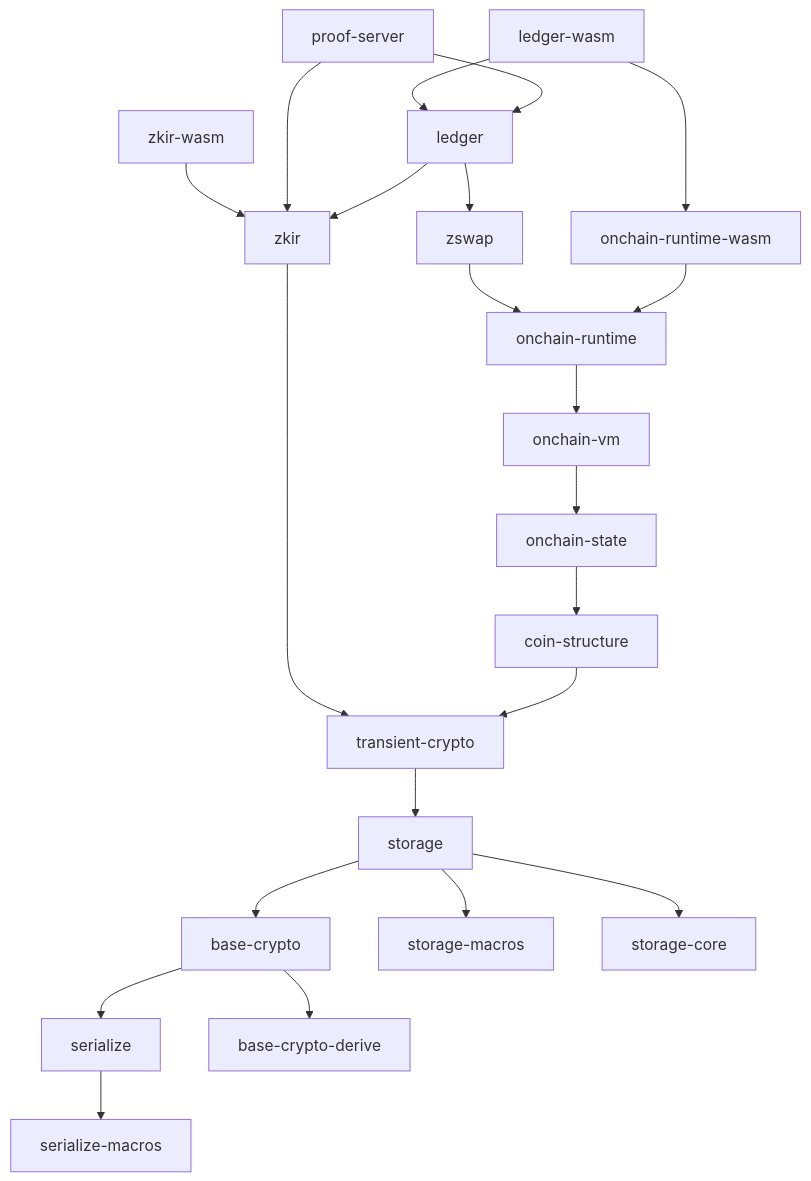
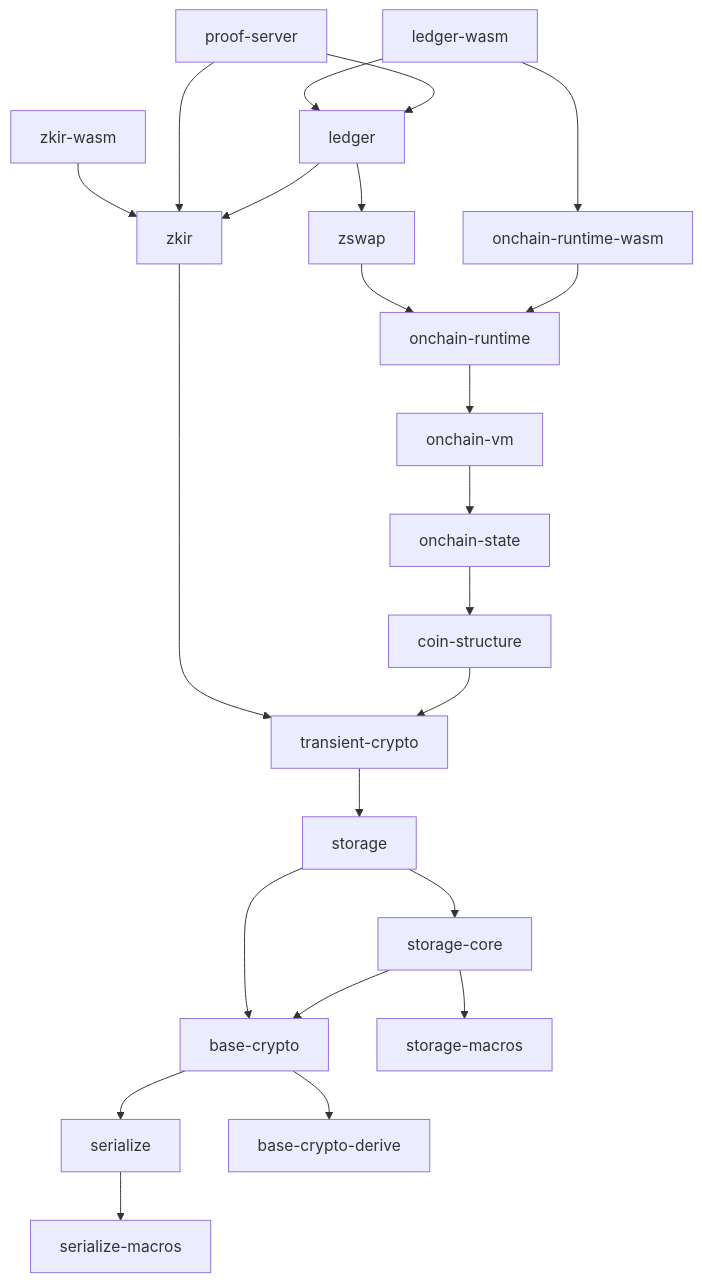
One commit to midnightntwrk/midnight-ledger changed the diagram in README.md. Above: the diagram before and after it, drawn with Mermaid. The commit also changed 1 other file, not shown here.

Commit message:
Prep `transient-crypto` for crates.io publish.

````diff
--- a/README.md
+++ b/README.md
@@ -83,24 +83,25 @@
 ```mermaid
 graph TD;
     ledger-wasm-->ledger;
     ledger-wasm-->onchain-runtime-wasm;
     zkir-wasm-->zkir;
     proof-server-->ledger;
     proof-server-->zkir;
     ledger-->zswap;
     ledger-->zkir;
     zswap-->onchain-runtime;
     zkir-->transient-crypto;
     onchain-runtime-wasm-->onchain-runtime;
     onchain-runtime-->onchain-vm;
     onchain-vm-->onchain-state;
     onchain-state-->coin-structure;
     coin-structure-->transient-crypto;
     transient-crypto-->storage;
     storage-->base-crypto;
-    storage-->storage-macros;
     storage-->storage-core;
+    storage-core-->base-crypto;
+    storage-core-->storage-macros;
     base-crypto-->serialize;
     base-crypto-->base-crypto-derive;
     serialize-->serialize-macros;
 ```
````
